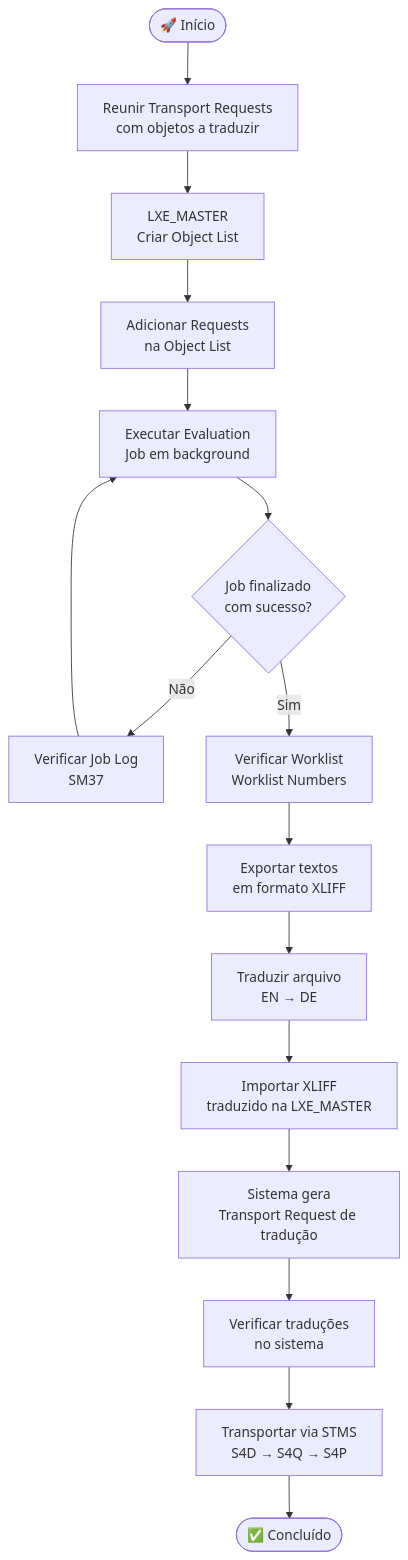
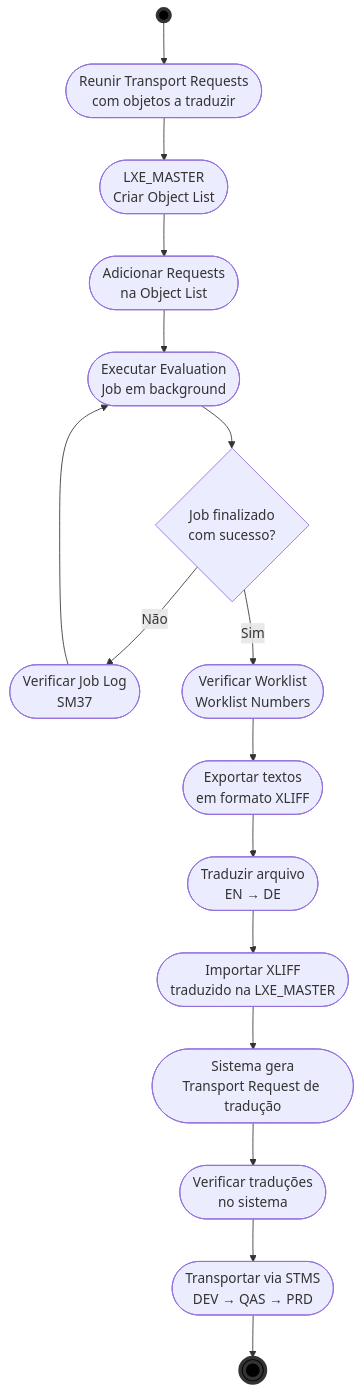
One commit to edmilson-nascimento/sap-mass-translation changed the diagram in README.md. Above: the diagram before and after it, drawn with Mermaid. The commit also changed other lines of this file, not shown here.

Commit message:
Enhance README.md with navigation index and flowchart improvements

````diff
--- a/README.md
+++ b/README.md
@@ -10,18 +25,21 @@
 ```mermaid
-flowchart TD
-    A([🚀 Início]) --> B[Reunir Transport Requests\ncom objetos a traduzir]
-    B --> C[LXE_MASTER\nCriar Object List]
-    C --> D[Adicionar Requests\nna Object List]
-    D --> E[Executar Evaluation\nJob em background]
-    E --> F{Job finalizado\ncom sucesso?}
-    F -- Não --> G[Verificar Job Log\nSM37]
+%%{ init: { 'flowchart': { 'curve': 'basis' } } }%%
+flowchart TB
+    A((" ")):::startClass --> B(["Reunir Transport Requests<br/>com objetos a traduzir"])
+    B --> C(["LXE_MASTER<br/>Criar Object List"])
+    C --> D(["Adicionar Requests<br/>na Object List"])
+    D --> E(["Executar Evaluation<br/>Job em background"])
+    E --> F{"Job finalizado<br/>com sucesso?"}
+    F -->|Não| G(["Verificar Job Log<br/>SM37"])
     G --> E
-    F -- Sim --> H[Verificar Worklist\nWorklist Numbers]
-    H --> I[Exportar textos\nem formato XLIFF]
-    I --> J[Traduzir arquivo\nEN → DE]
-    J --> K[Importar XLIFF\ntraduzido na LXE_MASTER]
-    K --> L[Sistema gera\nTransport Request de tradução]
-    L --> M[Verificar traduções\nno sistema]
-    M --> N[Transportar via STMS\nS4D → S4Q → S4P]
-    N --> O([✅ Concluído])
+    F -->|Sim| H(["Verificar Worklist<br/>Worklist Numbers"])
+    H --> I(["Exportar textos<br/>em formato XLIFF"])
+    I --> J(["Traduzir arquivo<br/>EN → DE"])
+    J --> K(["Importar XLIFF<br/>traduzido na LXE_MASTER"])
+    K --> L(["Sistema gera<br/>Transport Request de tradução"])
+    L --> M(["Verificar traduções<br/>no sistema"])
+    M --> N(["Transportar via STMS<br/>DEV → QAS → PRD"])
+    N --> O(((" "))):::endClass
+    classDef startClass fill:black,stroke:#333,stroke-width:4px;
+    classDef endClass fill:black,stroke:#333,stroke-width:4px;
 ```
````
